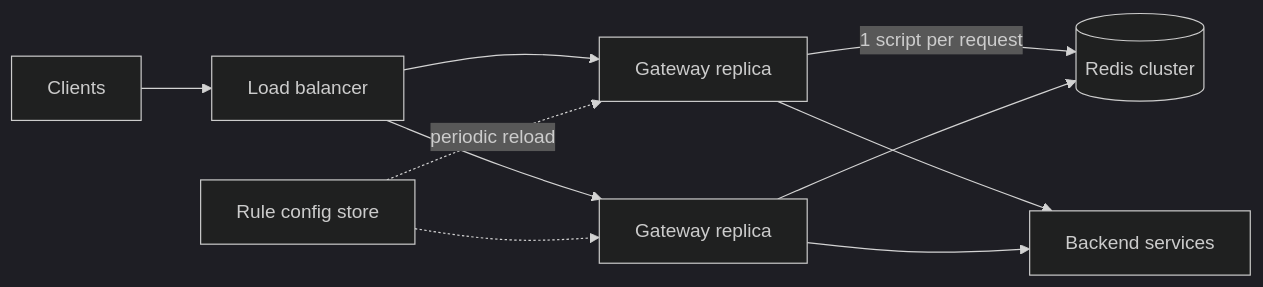
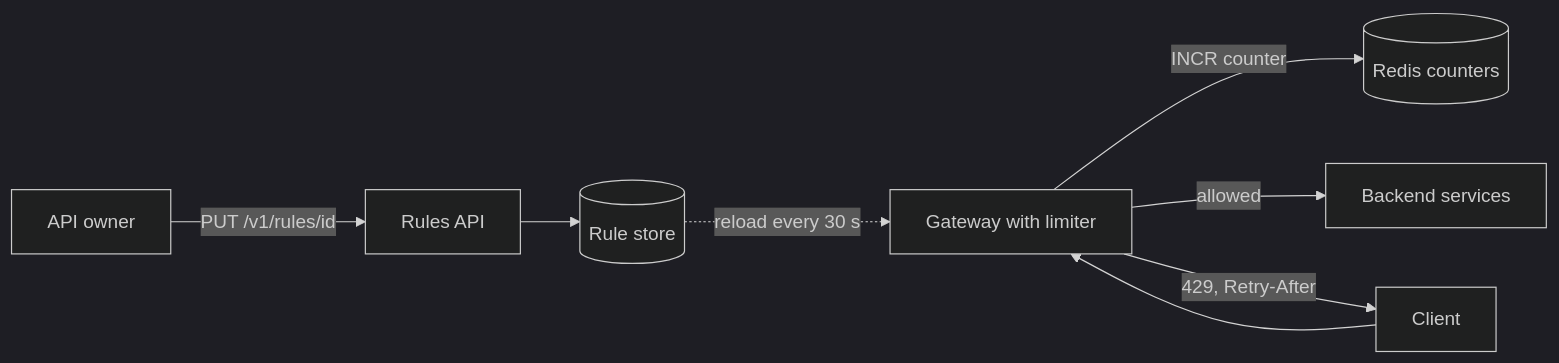
Before and after one commit to spabolu/system-design-modern: the third of 13 diagrams in docs/06-case-studies/rate-limiter.md, drawn with Mermaid (dark theme). The commit also changed other lines of this file, not shown here.

First line of the commit message:
Rewrite rate limiter case study as a mock interview

````diff
--- a/docs/06-case-studies/rate-limiter.md
+++ b/docs/06-case-studies/rate-limiter.md
@@ -73,12 +143,10 @@
 ```mermaid
 flowchart LR
-  C[Clients] --> LB[Load balancer]
-  LB --> G1[Gateway replica]
-  LB --> G2[Gateway replica]
-  G1 -->|"1 script per request"| R[(Redis cluster)]
-  G2 --> R
-  G1 --> S[Backend services]
-  G2 --> S
-  CFG[Rule config store] -.->|"periodic reload"| G1
-  CFG -.-> G2
+  O[API owner] -->|"PUT /v1/rules/id"| RA[Rules API]
+  RA --> RS[("Rule store")]
+  RS -.->|"reload every 30 s"| G["Gateway with limiter"]
+  C[Client] --> G
+  G -->|"INCR counter"| R[("Redis counters")]
+  G -->|allowed| B[Backend services]
+  G -->|"429, Retry-After"| C
 ```
````
